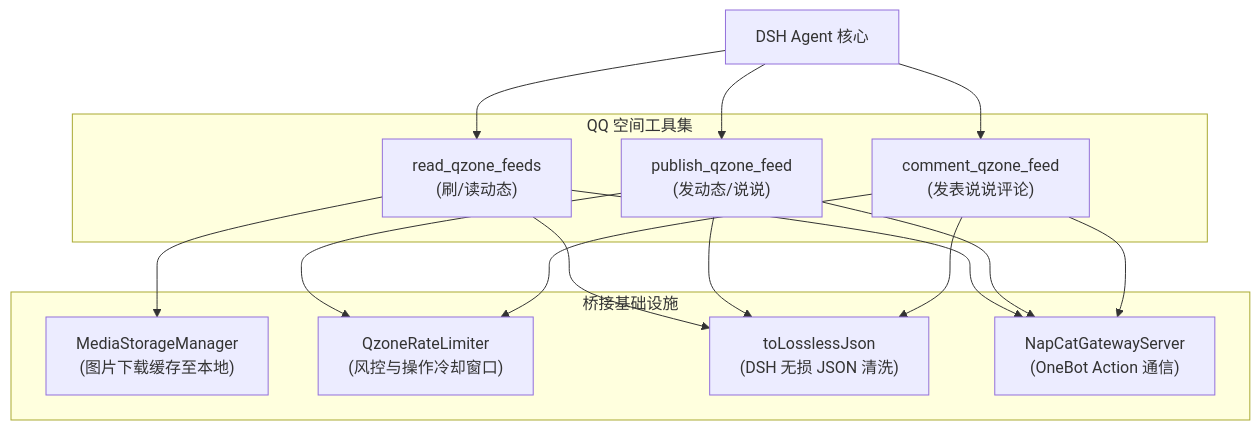
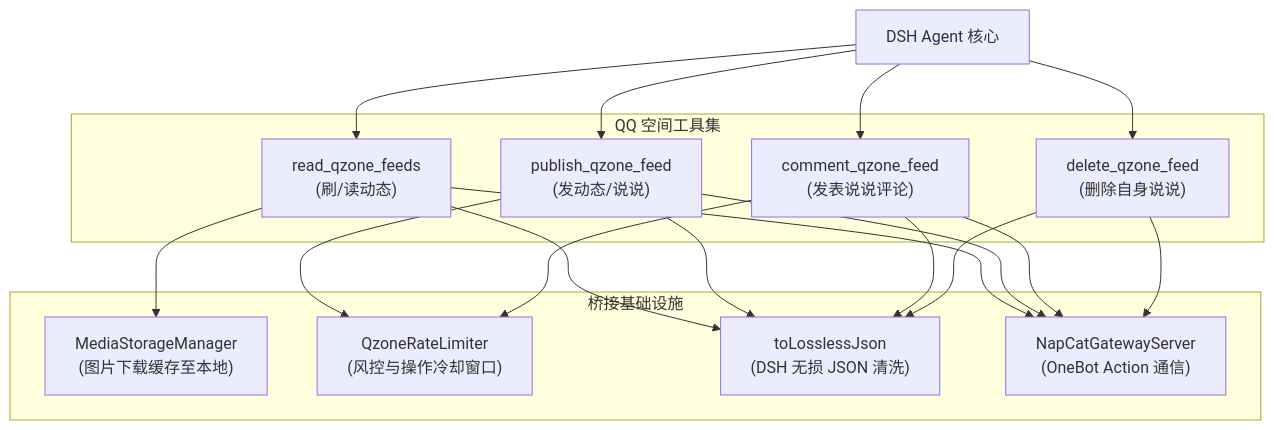
The diagram in devlog/需求文档-QQ空间动态互动工具集_read_publish_comment.md (Jiangsubei/dsh-napcat-bridge), drawn with Mermaid before and after one commit. The commit also changed other lines of this file and 1 other file, not shown here.

Commit message:
docs: 完善 QQ 空间四工具规格与带图动态真机验证记录（脱敏）

````diff
--- a/devlog/需求文档-QQ空间动态互动工具集_read_publish_comment.md
+++ b/devlog/需求文档-QQ空间动态互动工具集_read_publish_comment.md
@@ -40,33 +45,38 @@
 ```mermaid
 flowchart TD
     Agent["DSH Agent 核心"]
     
     subgraph Tools["QQ 空间工具集"]
         T1["read_qzone_feeds<br/>(刷/读动态)"]
         T2["publish_qzone_feed<br/>(发动态/说说)"]
         T3["comment_qzone_feed<br/>(发表说说评论)"]
+        T4["delete_qzone_feed<br/>(删除自身说说)"]
     end
     
     subgraph Infra["桥接基础设施"]
         MediaMgr["MediaStorageManager<br/>(图片下载缓存至本地)"]
         RateLimiter["QzoneRateLimiter<br/>(风控与操作冷却窗口)"]
         Lossless["toLosslessJson<br/>(DSH 无损 JSON 清洗)"]
         Gateway["NapCatGatewayServer<br/>(OneBot Action 通信)"]
     end
     
     Agent --> T1
     Agent --> T2
     Agent --> T3
+    Agent --> T4
     
     T1 --> Gateway
     T1 --> MediaMgr
     T1 --> Lossless
     
     T2 --> RateLimiter
     T2 --> Gateway
     T2 --> Lossless
     
     T3 --> RateLimiter
     T3 --> Gateway
     T3 --> Lossless
+
+    T4 --> Gateway
+    T4 --> Lossless
 ```
````
